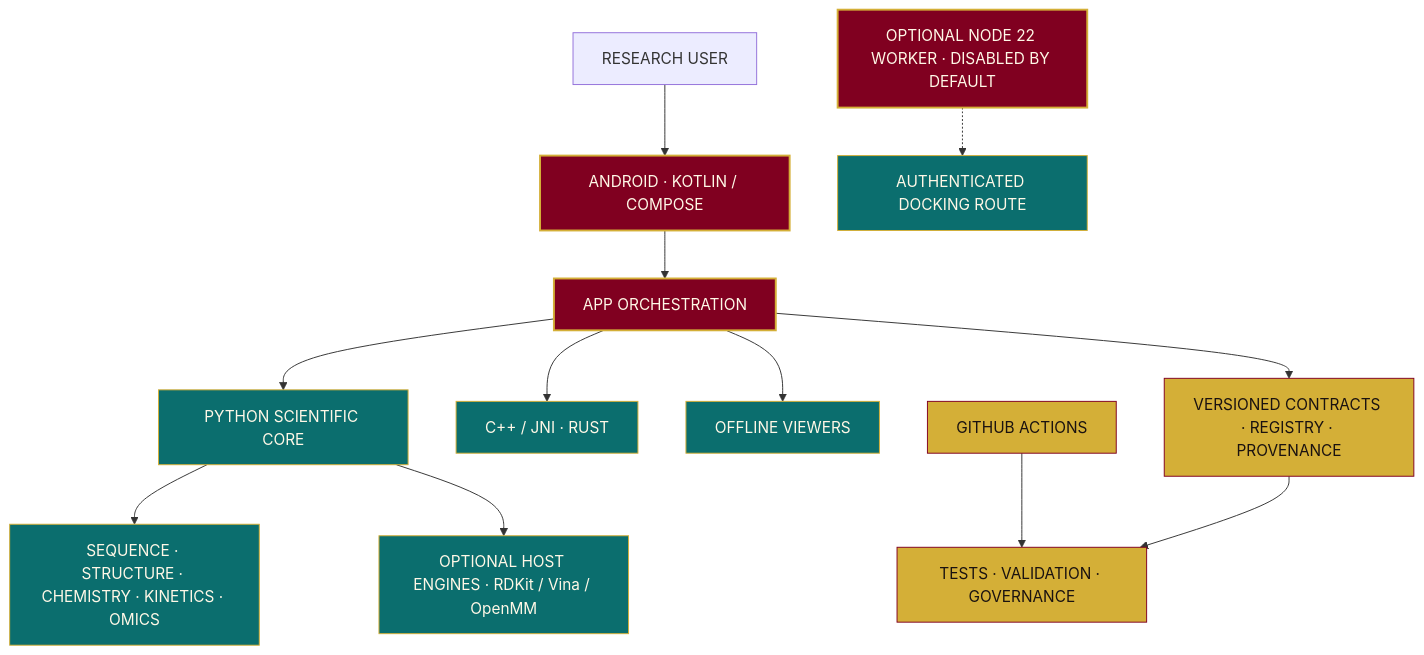
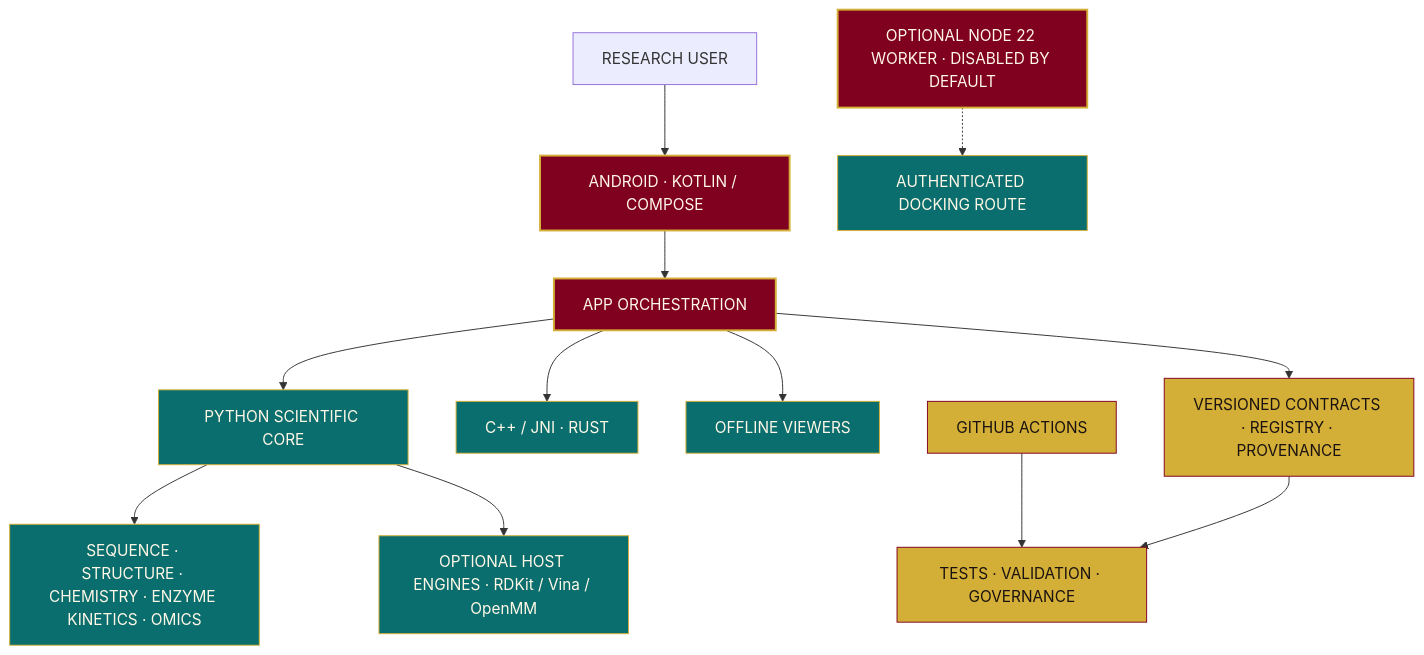
Before and after one commit to AssayFlux/Molecularis: the diagram in README.md, drawn with Mermaid. The commit also changed other lines of this file and 6 other files, not shown here.

````diff
--- a/README.md
+++ b/README.md
@@ -197,20 +197,20 @@
 ```mermaid
 flowchart TD
     USER["RESEARCH USER"] --> ANDROID["ANDROID · KOTLIN / COMPOSE"]
     ANDROID --> APP["APP ORCHESTRATION"]
     APP --> PY["PYTHON SCIENTIFIC CORE"]
     APP --> NATIVE["C++ / JNI · RUST"]
     APP --> VIEW["OFFLINE VIEWERS"]
     APP --> CONTRACTS["VERSIONED CONTRACTS · REGISTRY · PROVENANCE"]
-    PY --> SCI["SEQUENCE · STRUCTURE · CHEMISTRY · KINETICS · OMICS"]
+    PY --> SCI["SEQUENCE · STRUCTURE · CHEMISTRY · ENZYME KINETICS · OMICS"]
     PY --> OPTIONAL["OPTIONAL HOST ENGINES · RDKit / Vina / OpenMM"]
     NODE["OPTIONAL NODE 22 WORKER · DISABLED BY DEFAULT"] -.-> VINA["AUTHENTICATED DOCKING ROUTE"]
     CI["GITHUB ACTIONS"] --> CHECKS["TESTS · VALIDATION · GOVERNANCE"]
     CONTRACTS --> CHECKS
     classDef royal fill:#800020,color:#FFF8E7,stroke:#D4AF37,stroke-width:2px;
     classDef gold fill:#D4AF37,color:#1A1210,stroke:#800020,stroke-width:1px;
     classDef teal fill:#0B6E6E,color:#FFF8E7,stroke:#D4AF37,stroke-width:1px;
     class ANDROID,APP,NODE royal;
     class CONTRACTS,CHECKS,CI gold;
     class PY,NATIVE,VIEW,SCI,OPTIONAL,VINA teal;
 ```
````
